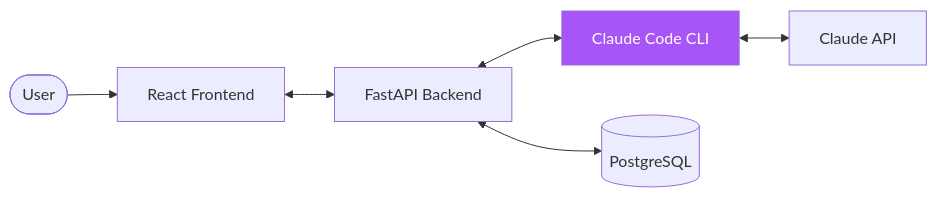
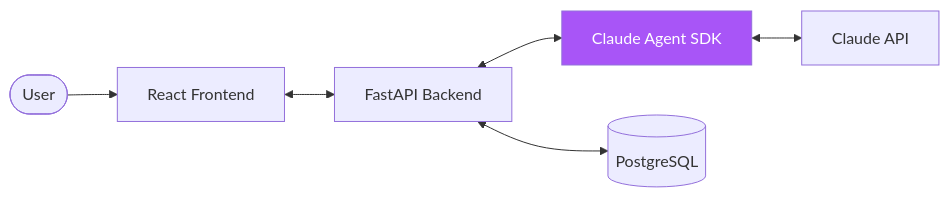
Before and after one commit to zhu1090093659/solo-agent-agile-template: the first of 8 diagrams in docs/ARCHITECTURE.md, drawn with Mermaid. The commit also changed other lines of this file and 18 other files, not shown here.

Commit message:
Add documentation for the Python Agent SDK, including installation instructions, usage examples, and detailed API reference. Update existing files to reflect the transition from Claude Code CLI to Claude Agent SDK, ensuring clarity in architecture and setup processes.

````diff
--- a/docs/ARCHITECTURE.md
+++ b/docs/ARCHITECTURE.md
@@ -9,10 +9,10 @@
 ```mermaid
 flowchart LR
     User([User]) --> Frontend[React Frontend]
     Frontend <--> Backend[FastAPI Backend]
-    Backend <--> CC[Claude Code CLI]
-    CC <--> Claude[Claude API]
+    Backend <--> SDK[Claude Agent SDK]
+    SDK <--> Claude[Claude API]
     Backend <--> DB[(PostgreSQL)]
     
-    style CC fill:#a855f7,color:#fff
+    style SDK fill:#a855f7,color:#fff
 ```
````
